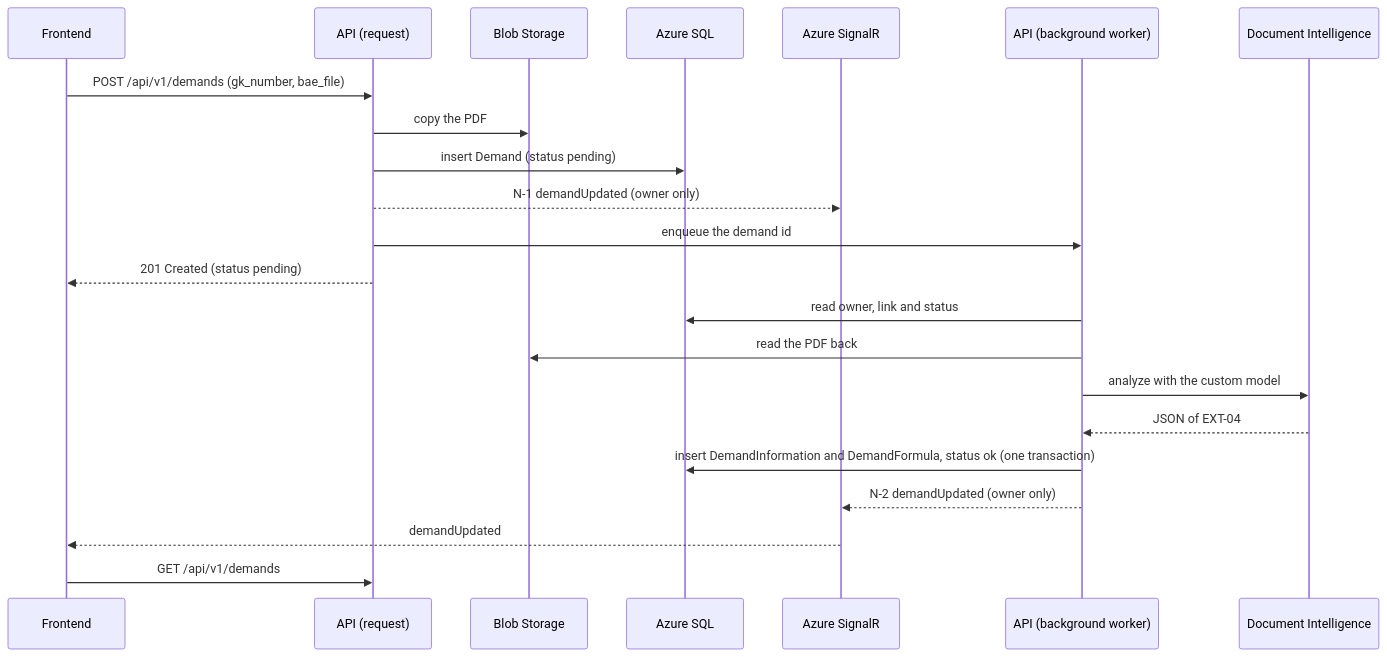
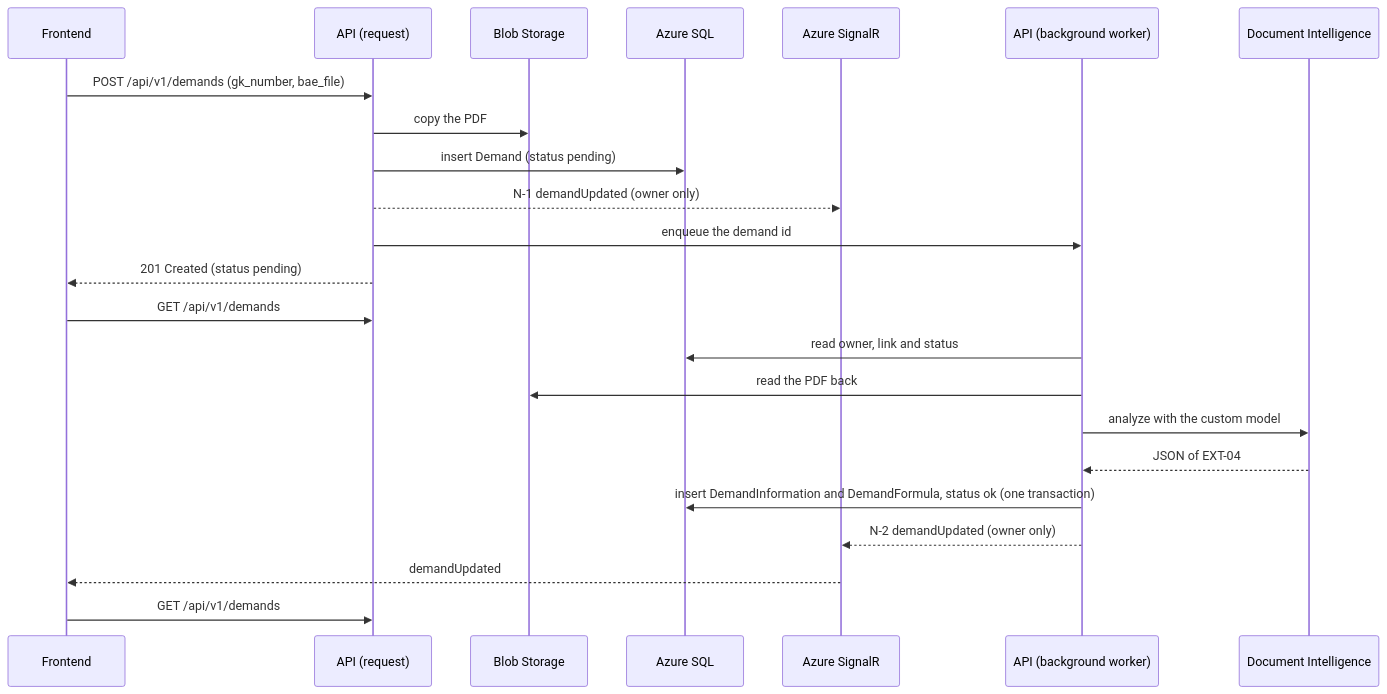
One commit to alex-talan/klesia-api changed the third of 3 diagrams in docs/specs/SPECIFICATIONS.md. Above: the diagram before and after it, drawn with Mermaid. The commit also changed other lines of this file, not shown here.

````diff
--- a/docs/specs/SPECIFICATIONS.md
+++ b/docs/specs/SPECIFICATIONS.md
@@ -859,24 +864,25 @@
 ```mermaid
 sequenceDiagram
     participant FE as Frontend
     participant API as API (request)
     participant ST as Blob Storage
     participant DB as Azure SQL
     participant SR as Azure SignalR
     participant W as API (background worker)
     participant DI as Document Intelligence
     FE->>API: POST /api/v1/demands (gk_number, bae_file)
     API->>ST: copy the PDF
     API->>DB: insert Demand (status pending)
     API-->>SR: N-1 demandUpdated (owner only)
     API->>W: enqueue the demand id
     API-->>FE: 201 Created (status pending)
+    FE->>API: GET /api/v1/demands
     W->>DB: read owner, link and status
     W->>ST: read the PDF back
     W->>DI: analyze with the custom model
     DI-->>W: JSON of EXT-04
     W->>DB: insert DemandInformation and DemandFormula, status ok (one transaction)
     W-->>SR: N-2 demandUpdated (owner only)
     SR-->>FE: demandUpdated
     FE->>API: GET /api/v1/demands
 ```
````
